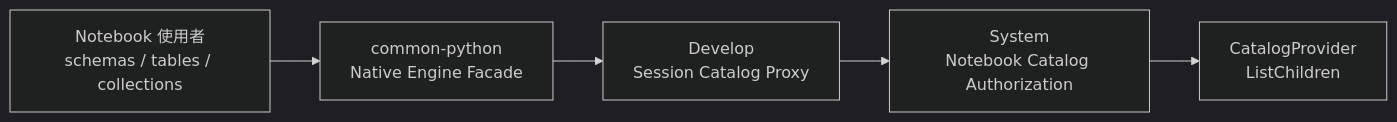
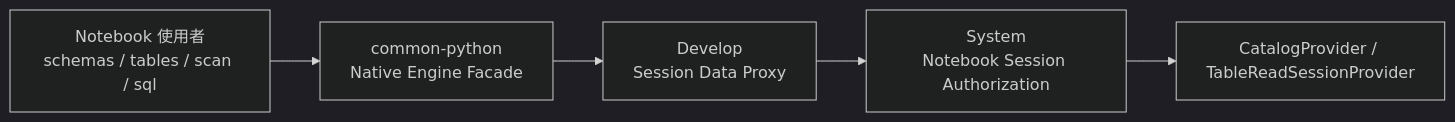
One commit to pampa0629/addp changed the third of 3 diagrams in docs/concepts/addp引擎体系图.md. Above: the diagram before and after it, drawn with Mermaid (dark theme). The commit also changed other lines of this file and 258 other files, not shown here.

````diff
--- a/docs/concepts/addp引擎体系图.md
+++ b/docs/concepts/addp引擎体系图.md
@@ -219,10 +219,10 @@
 ```mermaid
 flowchart LR
-    User["Notebook 使用者<br/>schemas / tables / collections"]
+    User["Notebook 使用者<br/>schemas / tables / scan / sql"]
     Facade["common-python<br/>Native Engine Facade"]
-    Develop["Develop<br/>Session Catalog Proxy"]
-    System["System<br/>Notebook Catalog Authorization"]
-    Provider["CatalogProvider<br/>ListChildren"]
+    Develop["Develop<br/>Session Data Proxy"]
+    System["System<br/>Notebook Session Authorization"]
+    Provider["CatalogProvider / TableReadSessionProvider"]
 
     User --> Facade --> Develop --> System --> Provider
 ```
````
